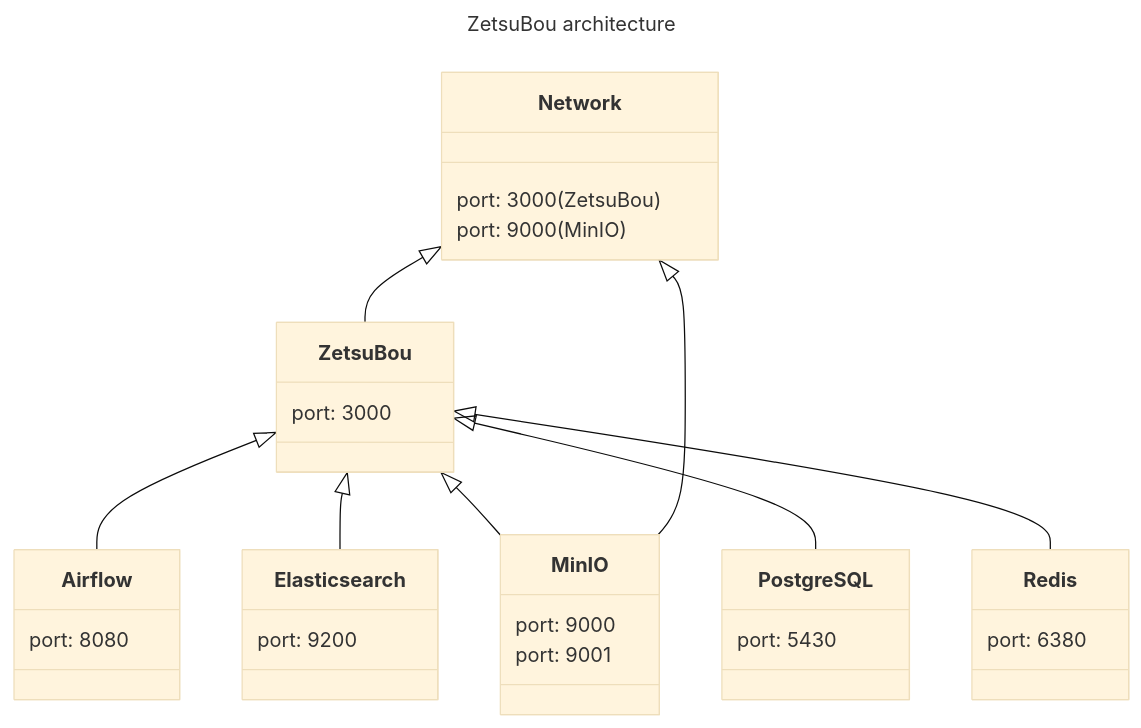
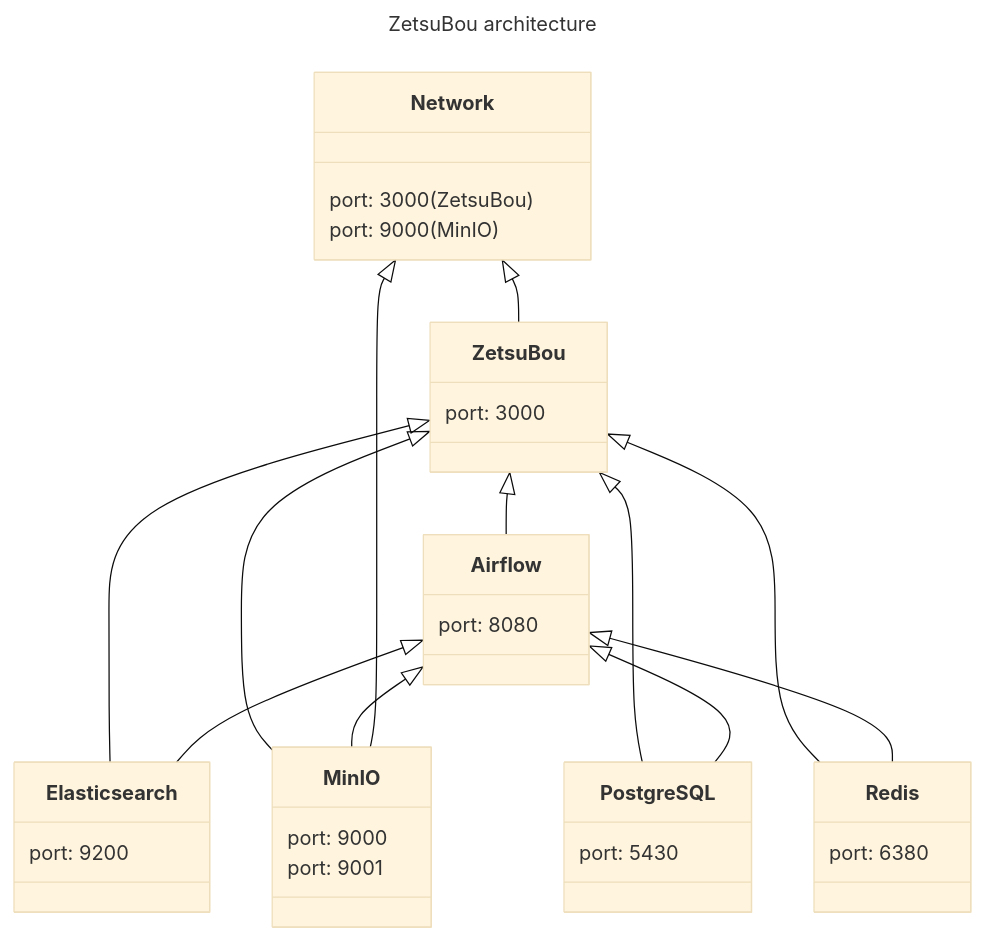
One commit to ZetsuBouKyo/ZetsuBou changed the diagram in README.md. Above: the diagram before and after it, drawn with Mermaid (base theme).

Commit message:
docs: update
There are some tasks in Airflow that would need to connect directly to
other services.

````diff
--- a/README.md
+++ b/README.md
@@ -53,36 +53,40 @@
 ```mermaid
 ---
 title: ZetsuBou architecture
 ---
 classDiagram
     class Network {
         port: 3000 (ZetsuBou)
         port: 9000 (MinIO)
     }
     class ZetsuBou{
         port: 3000
     }
     class Airflow{
         port: 8080
     }
     class Elasticsearch{
         port: 9200
     }
     class MinIO{
         port: 9000
         port: 9001
     }
     class PostgreSQL{
         port: 5430
     }
     class Redis{
         port: 6380
     }
     ZetsuBou <|-- Airflow
     ZetsuBou <|-- Elasticsearch
     ZetsuBou <|-- MinIO
     ZetsuBou <|-- PostgreSQL
     ZetsuBou <|-- Redis
+    Airflow <|-- Elasticsearch
+    Airflow <|-- MinIO
+    Airflow <|-- PostgreSQL
+    Airflow <|-- Redis
     Network <|-- ZetsuBou
     Network <|-- MinIO
 ```
````
